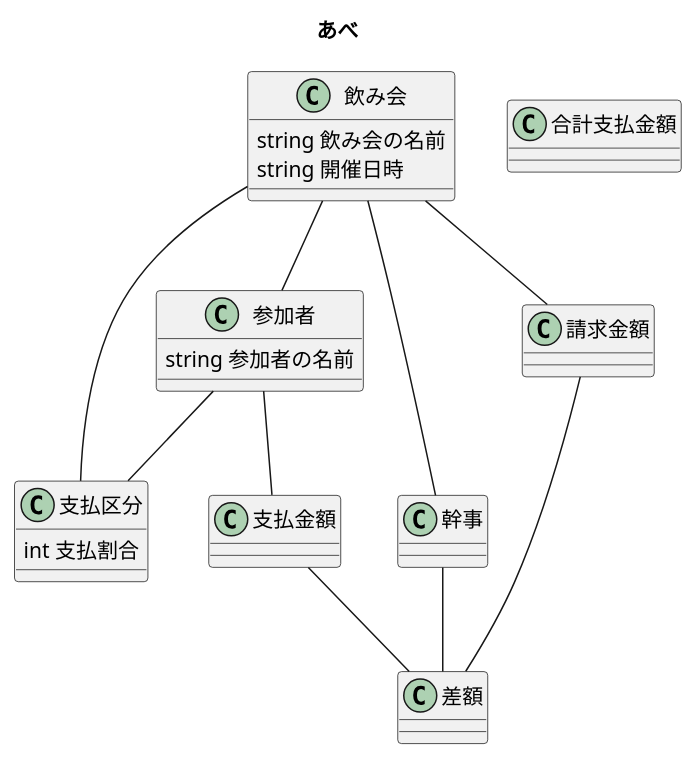
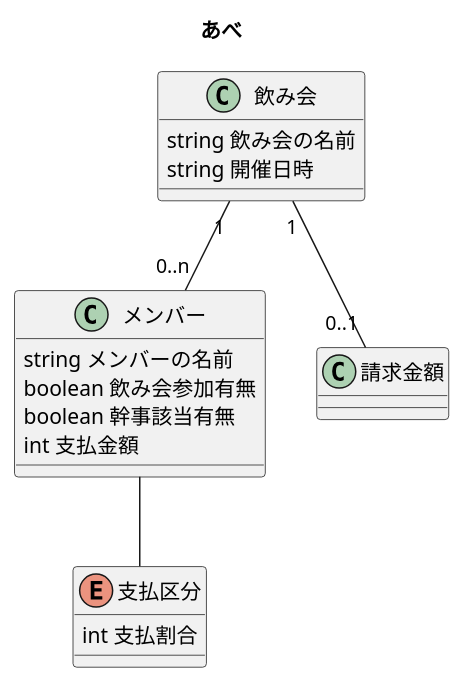
The second of 7 diagrams in README.md (KanameMotoyama/warikan-domain-java), drawn with PlantUML before and after one commit. The commit also changed other lines of this file and 3 other files, not shown here.

````diff
--- a/README.md
+++ b/README.md
@@ -136,29 +137,22 @@
 ```plantuml
 title: あべ
 class 飲み会 {
     string 飲み会の名前
     string 開催日時
 }
-class 参加者 {
-    string 参加者の名前
+class メンバー {
+    string メンバーの名前
+    boolean 飲み会参加有無
+    boolean 幹事該当有無
+    int 支払金額
 }
-class 支払区分 {
+enum 支払区分 {
     int 支払割合
 }
-class 合計支払金額
-class 幹事
 class 請求金額
-class 支払金額
-class 差額
 
-飲み会 -- 参加者
-参加者 -- 支払区分
-飲み会 -- 幹事
-飲み会 -- 支払区分
-飲み会 -- 請求金額
-参加者 -- 支払金額
-支払金額 -- 差額
-請求金額 -- 差額
-幹事 --差額
+メンバー -- 支払区分
+飲み会 "1" -- "0..n" メンバー
+飲み会 "1" -- "0..1" 請求金額
 
 ```
````
